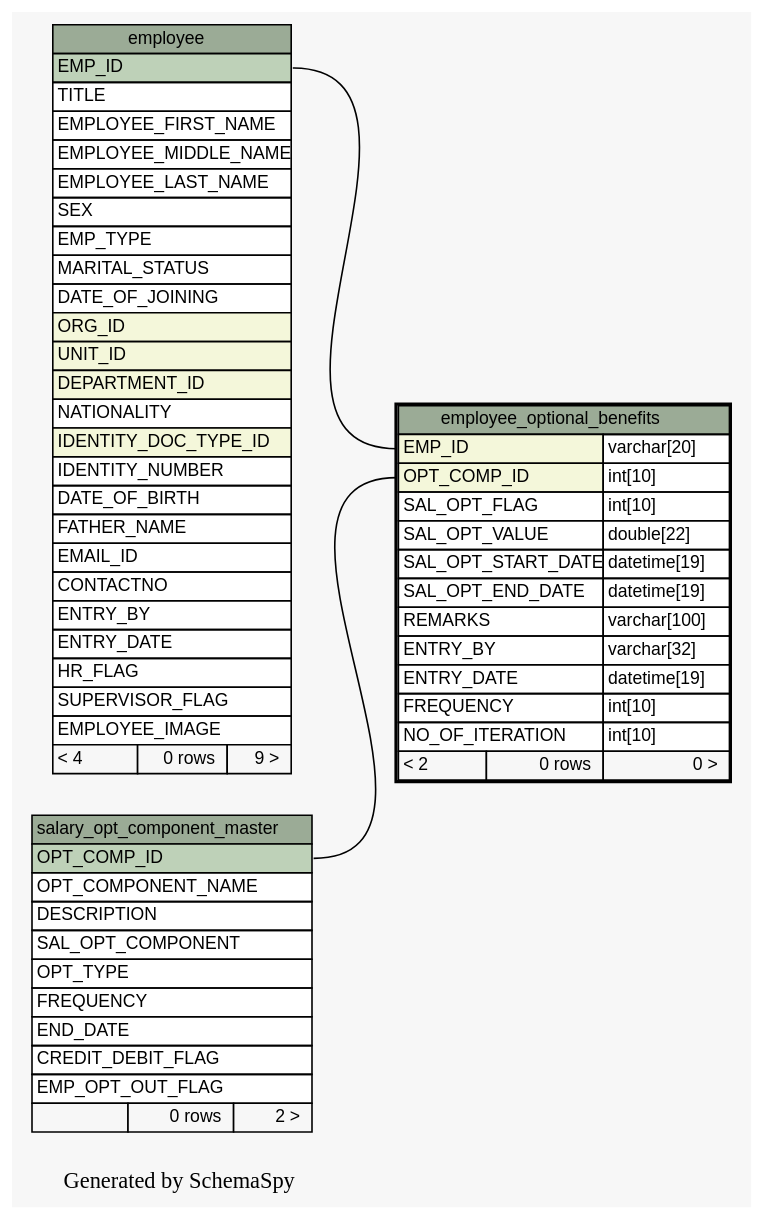
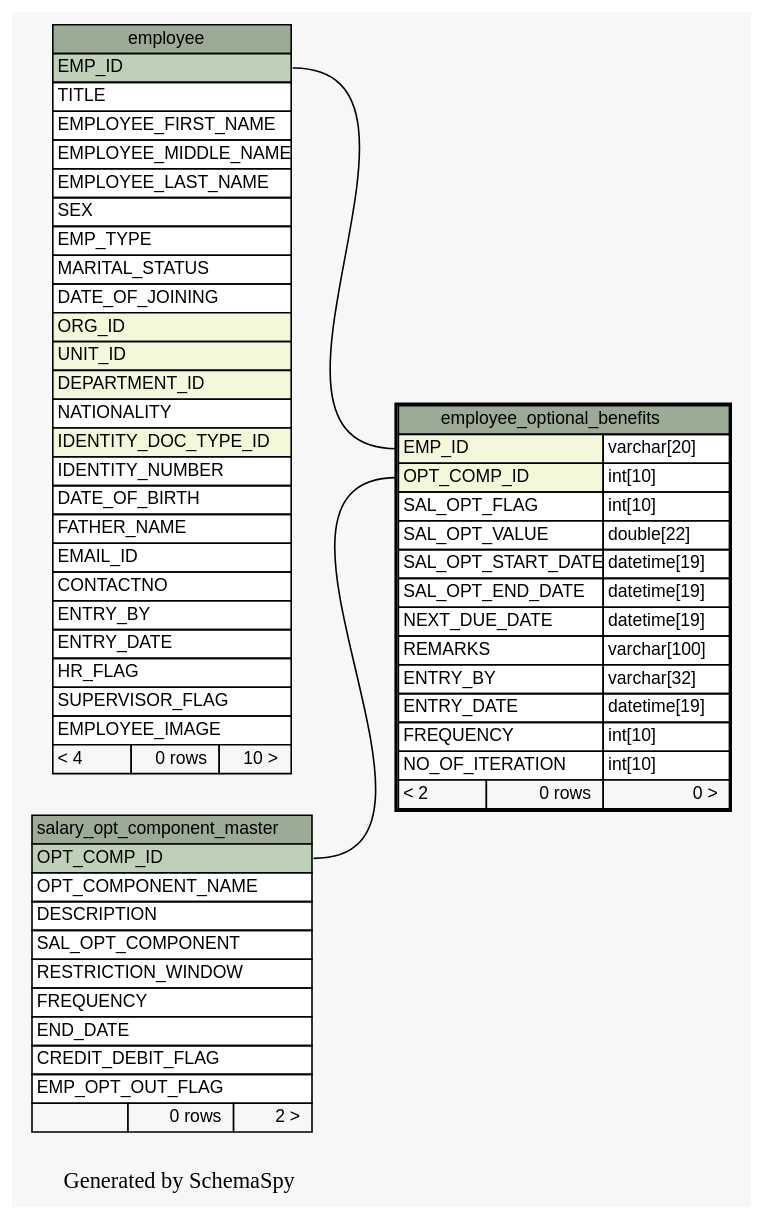
One commit to engineerscraft/hrms changed the diagram in docs/database/schemaspy/graphs/employee_optional_benefits.1degree.dot. Above: the diagram before and after it, drawn with Graphviz. The commit also changed 178 other files, not shown here.

```diff
--- a/docs/database/schemaspy/graphs/employee_optional_benefits.1degree.dot
+++ b/docs/database/schemaspy/graphs/employee_optional_benefits.1degree.dot
@@ -1,90 +1,91 @@
 // dot 2.38.0 on Windows 7 6.1
 digraph "oneDegreeRelationshipsGraph" {
   graph [
     rankdir="RL"
     bgcolor="#f7f7f7"
     label="\nGenerated by SchemaSpy"
     labeljust="l"
   ];
   node [
     fontname="Helvetica"
     fontsize="11"
     shape="plaintext"
   ];
   edge [
     arrowsize="0.8"
   ];
   "employee_optional_benefits":"EMP_ID":w -> "employee":"EMP_ID":e [arrowtail=crowodot arrowhead=none];
   "employee_optional_benefits":"OPT_COMP_ID":w -> "salary_opt_component_master":"OPT_COMP_ID":e [arrowtail=crowodot arrowhead=none];
   "employee" [
     label=<
     <TABLE BORDER="0" CELLBORDER="1" CELLSPACING="0" BGCOLOR="#ffffff">
       <TR><TD PORT="employee.heading" COLSPAN="3" BGCOLOR="#9bab96" ALIGN="CENTER">employee</TD></TR>
       <TR><TD PORT="EMP_ID" COLSPAN="3" BGCOLOR="#bed1b8" ALIGN="LEFT">EMP_ID</TD></TR>
       <TR><TD PORT="TITLE" COLSPAN="3" ALIGN="LEFT">TITLE</TD></TR>
       <TR><TD PORT="EMPLOYEE_FIRST_NAME" COLSPAN="3" ALIGN="LEFT">EMPLOYEE_FIRST_NAME</TD></TR>
       <TR><TD PORT="EMPLOYEE_MIDDLE_NAME" COLSPAN="3" ALIGN="LEFT">EMPLOYEE_MIDDLE_NAME</TD></TR>
       <TR><TD PORT="EMPLOYEE_LAST_NAME" COLSPAN="3" ALIGN="LEFT">EMPLOYEE_LAST_NAME</TD></TR>
       <TR><TD PORT="SEX" COLSPAN="3" ALIGN="LEFT">SEX</TD></TR>
       <TR><TD PORT="EMP_TYPE" COLSPAN="3" ALIGN="LEFT">EMP_TYPE</TD></TR>
       <TR><TD PORT="MARITAL_STATUS" COLSPAN="3" ALIGN="LEFT">MARITAL_STATUS</TD></TR>
       <TR><TD PORT="DATE_OF_JOINING" COLSPAN="3" ALIGN="LEFT">DATE_OF_JOINING</TD></TR>
       <TR><TD PORT="ORG_ID" COLSPAN="3" BGCOLOR="#f4f7da" ALIGN="LEFT">ORG_ID</TD></TR>
       <TR><TD PORT="UNIT_ID" COLSPAN="3" BGCOLOR="#f4f7da" ALIGN="LEFT">UNIT_ID</TD></TR>
       <TR><TD PORT="DEPARTMENT_ID" COLSPAN="3" BGCOLOR="#f4f7da" ALIGN="LEFT">DEPARTMENT_ID</TD></TR>
       <TR><TD PORT="NATIONALITY" COLSPAN="3" ALIGN="LEFT">NATIONALITY</TD></TR>
       <TR><TD PORT="IDENTITY_DOC_TYPE_ID" COLSPAN="3" BGCOLOR="#f4f7da" ALIGN="LEFT">IDENTITY_DOC_TYPE_ID</TD></TR>
       <TR><TD PORT="IDENTITY_NUMBER" COLSPAN="3" ALIGN="LEFT">IDENTITY_NUMBER</TD></TR>
       <TR><TD PORT="DATE_OF_BIRTH" COLSPAN="3" ALIGN="LEFT">DATE_OF_BIRTH</TD></TR>
       <TR><TD PORT="FATHER_NAME" COLSPAN="3" ALIGN="LEFT">FATHER_NAME</TD></TR>
       <TR><TD PORT="EMAIL_ID" COLSPAN="3" ALIGN="LEFT">EMAIL_ID</TD></TR>
       <TR><TD PORT="CONTACTNO" COLSPAN="3" ALIGN="LEFT">CONTACTNO</TD></TR>
       <TR><TD PORT="ENTRY_BY" COLSPAN="3" ALIGN="LEFT">ENTRY_BY</TD></TR>
       <TR><TD PORT="ENTRY_DATE" COLSPAN="3" ALIGN="LEFT">ENTRY_DATE</TD></TR>
       <TR><TD PORT="HR_FLAG" COLSPAN="3" ALIGN="LEFT">HR_FLAG</TD></TR>
       <TR><TD PORT="SUPERVISOR_FLAG" COLSPAN="3" ALIGN="LEFT">SUPERVISOR_FLAG</TD></TR>
       <TR><TD PORT="EMPLOYEE_IMAGE" COLSPAN="3" ALIGN="LEFT">EMPLOYEE_IMAGE</TD></TR>
-      <TR><TD ALIGN="LEFT" BGCOLOR="#f7f7f7">&lt; 4</TD><TD ALIGN="RIGHT" BGCOLOR="#f7f7f7">0 rows</TD><TD ALIGN="RIGHT" BGCOLOR="#f7f7f7">9 &gt;</TD></TR>
+      <TR><TD ALIGN="LEFT" BGCOLOR="#f7f7f7">&lt; 4</TD><TD ALIGN="RIGHT" BGCOLOR="#f7f7f7">0 rows</TD><TD ALIGN="RIGHT" BGCOLOR="#f7f7f7">10 &gt;</TD></TR>
     </TABLE>>
     URL="employee.html#graph"
     tooltip="employee"
   ];
   "employee_optional_benefits" [
     label=<
     <TABLE BORDER="2" CELLBORDER="1" CELLSPACING="0" BGCOLOR="#ffffff">
       <TR><TD PORT="employee_optional_benefits.heading" COLSPAN="3" BGCOLOR="#9bab96" ALIGN="CENTER">employee_optional_benefits</TD></TR>
       <TR><TD PORT="EMP_ID" COLSPAN="2" BGCOLOR="#f4f7da" ALIGN="LEFT">EMP_ID</TD><TD PORT="EMP_ID.type" ALIGN="LEFT">varchar[20]</TD></TR>
       <TR><TD PORT="OPT_COMP_ID" COLSPAN="2" BGCOLOR="#f4f7da" ALIGN="LEFT">OPT_COMP_ID</TD><TD PORT="OPT_COMP_ID.type" ALIGN="LEFT">int[10]</TD></TR>
       <TR><TD PORT="SAL_OPT_FLAG" COLSPAN="2" ALIGN="LEFT">SAL_OPT_FLAG</TD><TD PORT="SAL_OPT_FLAG.type" ALIGN="LEFT">int[10]</TD></TR>
       <TR><TD PORT="SAL_OPT_VALUE" COLSPAN="2" ALIGN="LEFT">SAL_OPT_VALUE</TD><TD PORT="SAL_OPT_VALUE.type" ALIGN="LEFT">double[22]</TD></TR>
       <TR><TD PORT="SAL_OPT_START_DATE" COLSPAN="2" ALIGN="LEFT">SAL_OPT_START_DATE</TD><TD PORT="SAL_OPT_START_DATE.type" ALIGN="LEFT">datetime[19]</TD></TR>
       <TR><TD PORT="SAL_OPT_END_DATE" COLSPAN="2" ALIGN="LEFT">SAL_OPT_END_DATE</TD><TD PORT="SAL_OPT_END_DATE.type" ALIGN="LEFT">datetime[19]</TD></TR>
+      <TR><TD PORT="NEXT_DUE_DATE" COLSPAN="2" ALIGN="LEFT">NEXT_DUE_DATE</TD><TD PORT="NEXT_DUE_DATE.type" ALIGN="LEFT">datetime[19]</TD></TR>
       <TR><TD PORT="REMARKS" COLSPAN="2" ALIGN="LEFT">REMARKS</TD><TD PORT="REMARKS.type" ALIGN="LEFT">varchar[100]</TD></TR>
       <TR><TD PORT="ENTRY_BY" COLSPAN="2" ALIGN="LEFT">ENTRY_BY</TD><TD PORT="ENTRY_BY.type" ALIGN="LEFT">varchar[32]</TD></TR>
       <TR><TD PORT="ENTRY_DATE" COLSPAN="2" ALIGN="LEFT">ENTRY_DATE</TD><TD PORT="ENTRY_DATE.type" ALIGN="LEFT">datetime[19]</TD></TR>
       <TR><TD PORT="FREQUENCY" COLSPAN="2" ALIGN="LEFT">FREQUENCY</TD><TD PORT="FREQUENCY.type" ALIGN="LEFT">int[10]</TD></TR>
       <TR><TD PORT="NO_OF_ITERATION" COLSPAN="2" ALIGN="LEFT">NO_OF_ITERATION</TD><TD PORT="NO_OF_ITERATION.type" ALIGN="LEFT">int[10]</TD></TR>
       <TR><TD ALIGN="LEFT" BGCOLOR="#f7f7f7">&lt; 2</TD><TD ALIGN="RIGHT" BGCOLOR="#f7f7f7">0 rows</TD><TD ALIGN="RIGHT" BGCOLOR="#f7f7f7">0 &gt;</TD></TR>
     </TABLE>>
     URL="employee_optional_benefits.html#"
     tooltip="employee_optional_benefits"
   ];
   "salary_opt_component_master" [
     label=<
     <TABLE BORDER="0" CELLBORDER="1" CELLSPACING="0" BGCOLOR="#ffffff">
       <TR><TD PORT="salary_opt_component_master.heading" COLSPAN="3" BGCOLOR="#9bab96" ALIGN="CENTER">salary_opt_component_master</TD></TR>
       <TR><TD PORT="OPT_COMP_ID" COLSPAN="3" BGCOLOR="#bed1b8" ALIGN="LEFT">OPT_COMP_ID</TD></TR>
       <TR><TD PORT="OPT_COMPONENT_NAME" COLSPAN="3" ALIGN="LEFT">OPT_COMPONENT_NAME</TD></TR>
       <TR><TD PORT="DESCRIPTION" COLSPAN="3" ALIGN="LEFT">DESCRIPTION</TD></TR>
       <TR><TD PORT="SAL_OPT_COMPONENT" COLSPAN="3" ALIGN="LEFT">SAL_OPT_COMPONENT</TD></TR>
-      <TR><TD PORT="OPT_TYPE" COLSPAN="3" ALIGN="LEFT">OPT_TYPE</TD></TR>
+      <TR><TD PORT="RESTRICTION_WINDOW" COLSPAN="3" ALIGN="LEFT">RESTRICTION_WINDOW</TD></TR>
       <TR><TD PORT="FREQUENCY" COLSPAN="3" ALIGN="LEFT">FREQUENCY</TD></TR>
       <TR><TD PORT="END_DATE" COLSPAN="3" ALIGN="LEFT">END_DATE</TD></TR>
       <TR><TD PORT="CREDIT_DEBIT_FLAG" COLSPAN="3" ALIGN="LEFT">CREDIT_DEBIT_FLAG</TD></TR>
       <TR><TD PORT="EMP_OPT_OUT_FLAG" COLSPAN="3" ALIGN="LEFT">EMP_OPT_OUT_FLAG</TD></TR>
       <TR><TD ALIGN="LEFT" BGCOLOR="#f7f7f7">  </TD><TD ALIGN="RIGHT" BGCOLOR="#f7f7f7">0 rows</TD><TD ALIGN="RIGHT" BGCOLOR="#f7f7f7">2 &gt;</TD></TR>
     </TABLE>>
     URL="salary_opt_component_master.html#graph"
     tooltip="salary_opt_component_master"
   ];
 }
```
